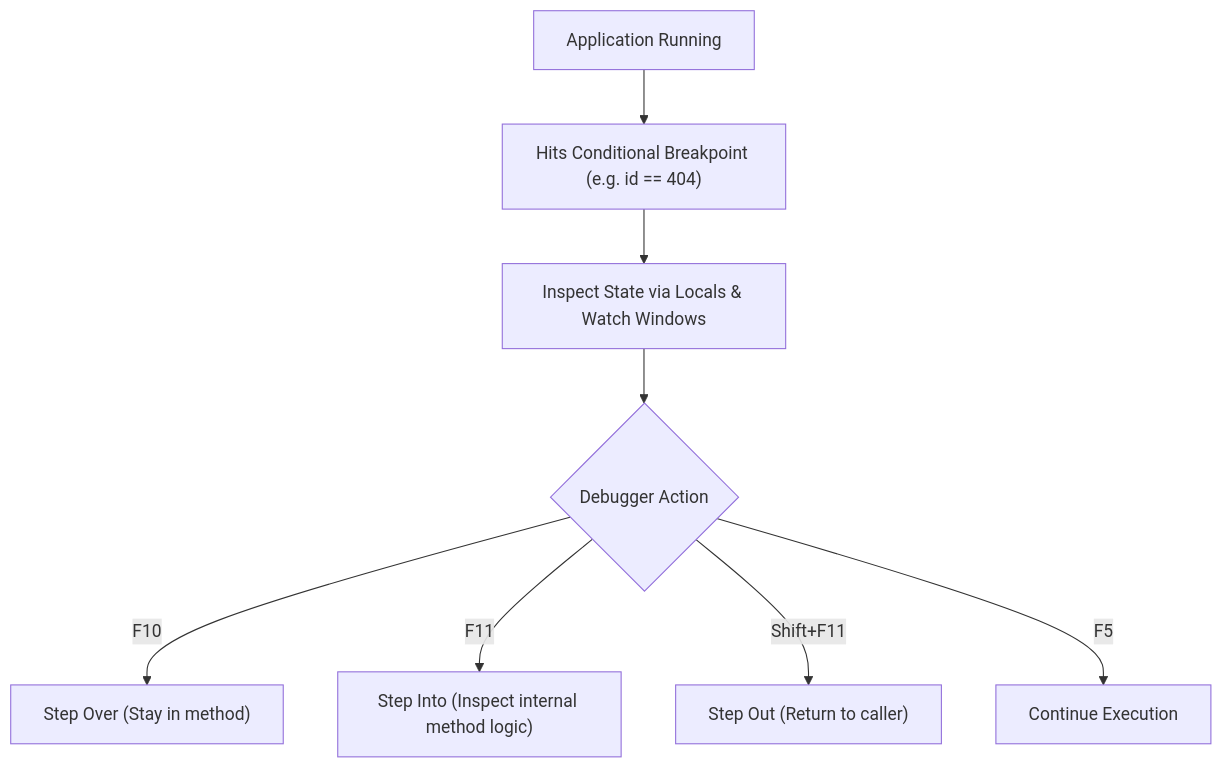
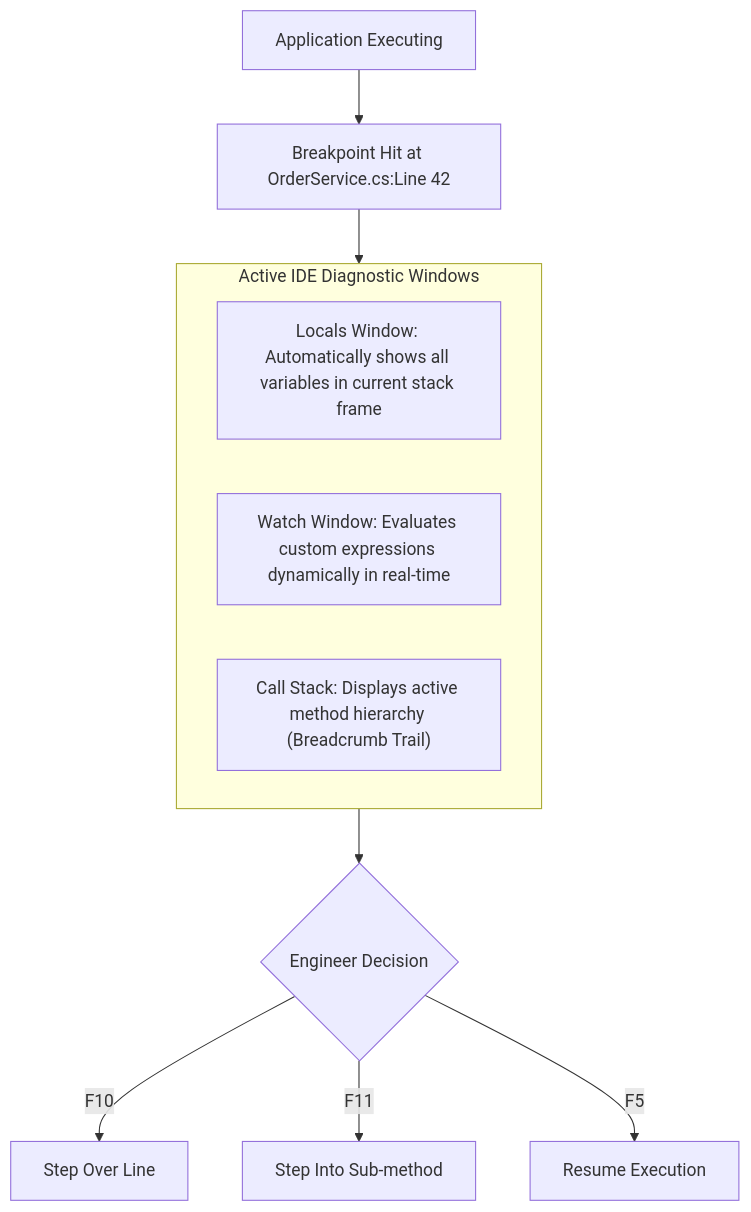
Before and after one commit to Singhkunall/Csharp-learning: the diagram in Main/Topics/26_DebuggingAndDiagnostics/README.md, drawn with Mermaid. The commit also changed other lines of this file and 11 other files, not shown here.

````diff
--- a/Main/Topics/26_DebuggingAndDiagnostics/README.md
+++ b/Main/Topics/26_DebuggingAndDiagnostics/README.md
@@ -21,10 +32,16 @@
 ```mermaid
 flowchart TD
-    Run["Application Running"] --> Hit["Hits Conditional Breakpoint (e.g. id == 404)"]
-    Hit --> Inspect["Inspect State via Locals & Watch Windows"]
-    Inspect --> Step{"Debugger Action"}
-    Step -->|F10| Over["Step Over (Stay in method)"]
-    Step -->|F11| Into["Step Into (Inspect internal method logic)"]
-    Step -->|Shift+F11| Out["Step Out (Return to caller)"]
-    Step -->|F5| Continue["Continue Execution"]
+    Run["Application Executing"] --> Hit["Breakpoint Hit at OrderService.cs:Line 42"]
+    
+    subgraph Diagnostic_Windows["Active IDE Diagnostic Windows"]
+        Locals["Locals Window: Automatically shows all variables in current stack frame"]
+        Watch["Watch Window: Evaluates custom expressions dynamically in real-time"]
+        CallStack["Call Stack: Displays active method hierarchy (Breadcrumb Trail)"]
+    end
+    
+    Hit --> Diagnostic_Windows
+    Diagnostic_Windows --> StepDecision{"Engineer Decision"}
+    StepDecision -->|F10| StepOver["Step Over Line"]
+    StepDecision -->|F11| StepInto["Step Into Sub-method"]
+    StepDecision -->|F5| Continue["Resume Execution"]
 ```
````
